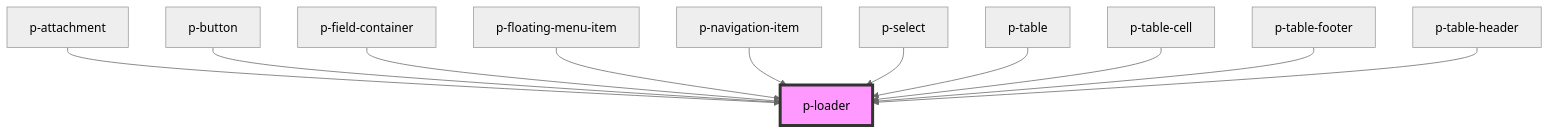
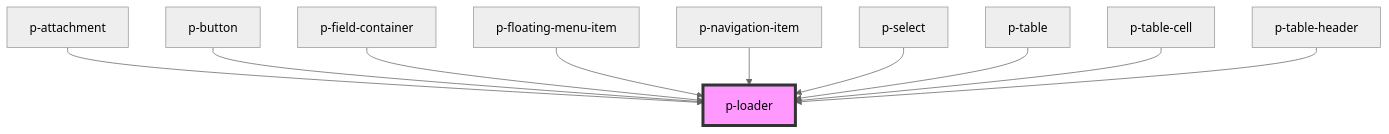
The diagram in packages/core/src/components/deprecated/atoms/loader/readme.md (Employes/Paperless), drawn with Mermaid (neutral theme) before and after one commit. The commit also changed other lines of this file and 118 other files, not shown here.

````diff
--- a/packages/core/src/components/deprecated/atoms/loader/readme.md
+++ b/packages/core/src/components/deprecated/atoms/loader/readme.md
@@ -35,14 +34,13 @@
 ```mermaid
 graph TD;
   p-attachment --> p-loader
   p-button --> p-loader
   p-field-container --> p-loader
   p-floating-menu-item --> p-loader
   p-navigation-item --> p-loader
   p-select --> p-loader
   p-table --> p-loader
   p-table-cell --> p-loader
-  p-table-footer --> p-loader
   p-table-header --> p-loader
   style p-loader fill:#f9f,stroke:#333,stroke-width:4px
 ```
````
